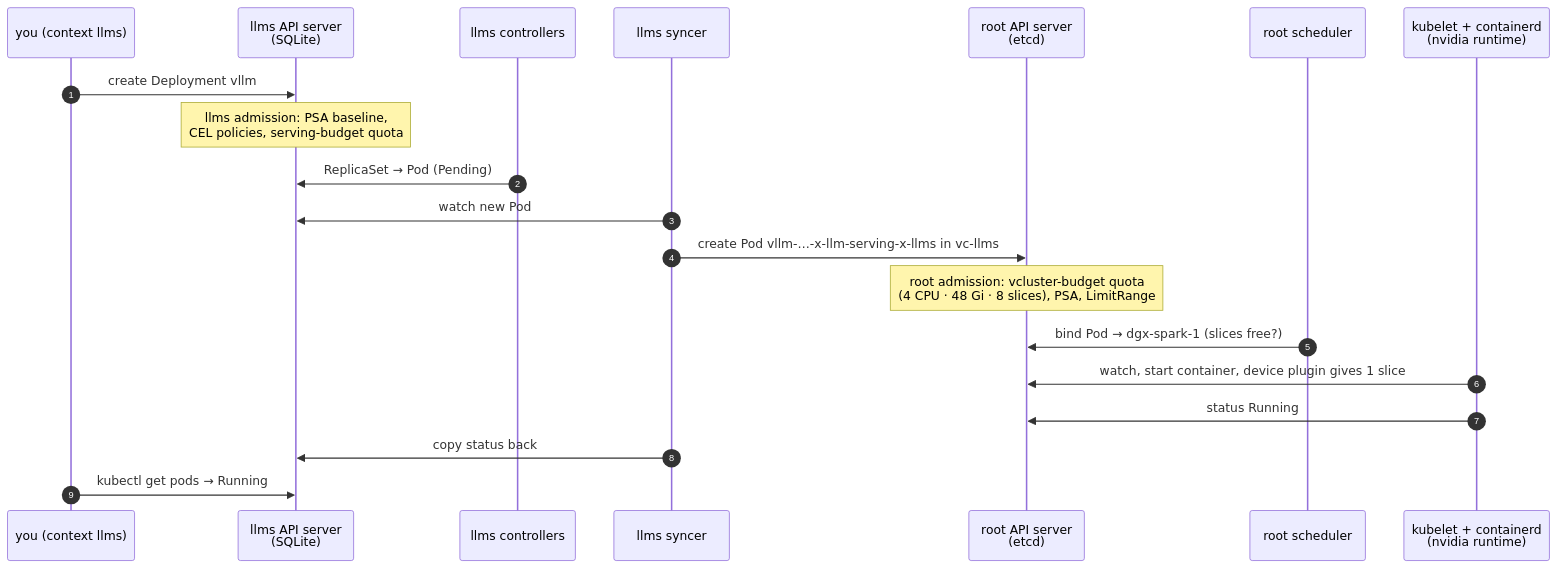
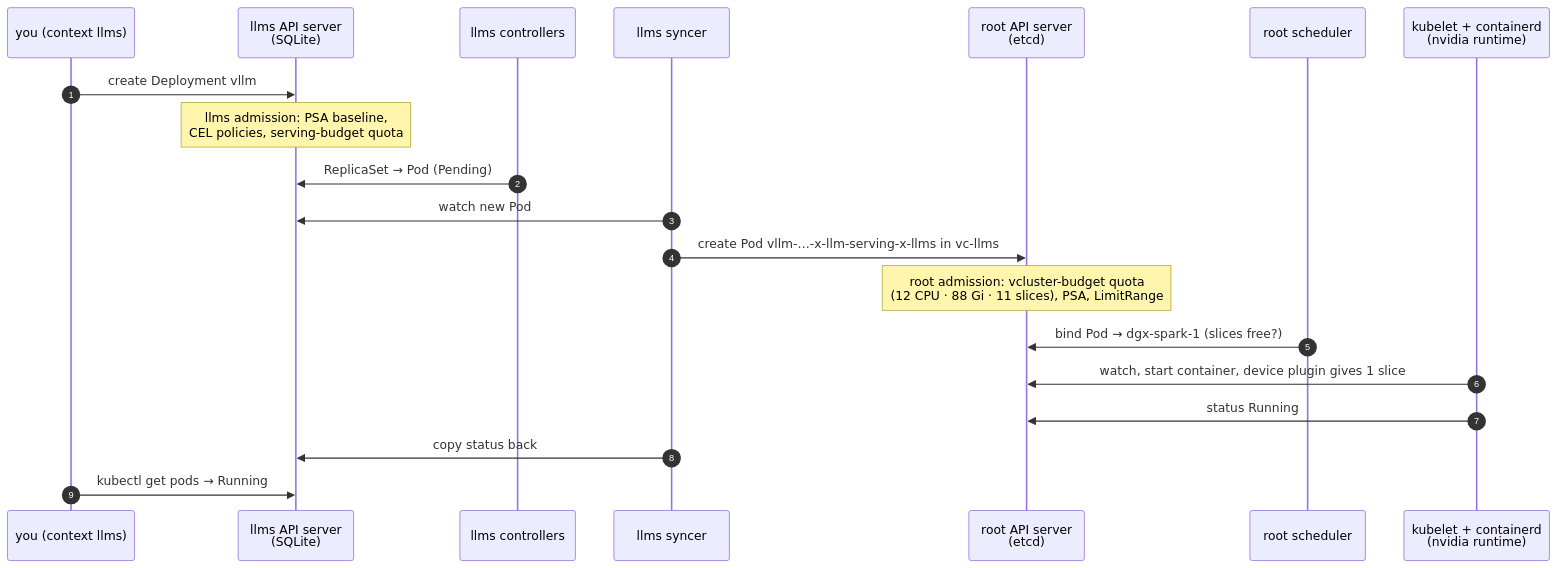
The second of 2 diagrams in 02-Kubernetes/04-nested-clusters-with-vcluster.md (cloudone365/technical-depth), drawn with Mermaid before and after one commit. The commit also changed other lines of this file and 48 other files, not shown here.

````diff
--- a/02-Kubernetes/04-nested-clusters-with-vcluster.md
+++ b/02-Kubernetes/04-nested-clusters-with-vcluster.md
@@ -175,22 +181,22 @@
 ```mermaid
 sequenceDiagram
   autonumber
   participant U as you (context llms)
   participant VA as llms API server<br/>(SQLite)
   participant VC as llms controllers
   participant SY as llms syncer
   participant RA as root API server<br/>(etcd)
   participant RS as root scheduler
   participant KL as kubelet + containerd<br/>(nvidia runtime)
   U->>VA: create Deployment vllm
   Note over VA: llms admission: PSA baseline,<br/>CEL policies, serving-budget quota
   VC->>VA: ReplicaSet → Pod (Pending)
   SY->>VA: watch new Pod
   SY->>RA: create Pod vllm-…-x-llm-serving-x-llms in vc-llms
-  Note over RA: root admission: vcluster-budget quota<br/>(4 CPU · 48 Gi · 8 slices), PSA, LimitRange
+  Note over RA: root admission: vcluster-budget quota<br/>(12 CPU · 88 Gi · 11 slices), PSA, LimitRange
   RS->>RA: bind Pod → dgx-spark-1 (slices free?)
   KL->>RA: watch, start container, device plugin gives 1 slice
   KL->>RA: status Running
   SY->>VA: copy status back
   U->>VA: kubectl get pods → Running
 ```
````
